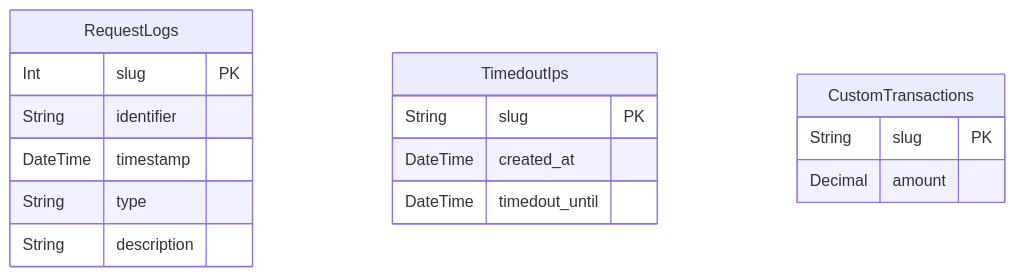
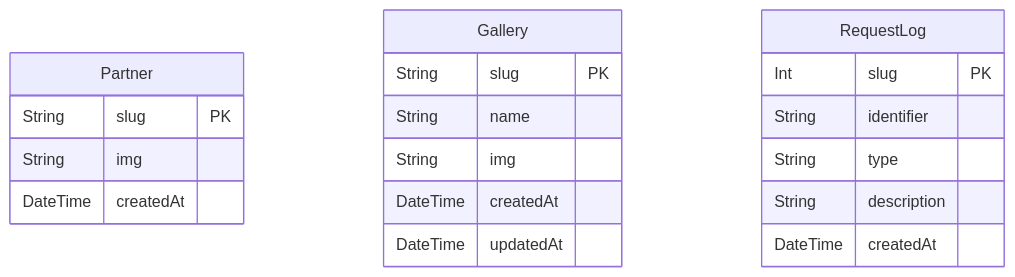
The fifth of 5 diagrams in docs/01-Overview/02-Tech-Stack-Concepts.md (aymanbazyan/storeflow-docs), drawn with Mermaid before and after one commit. The commit also changed other lines of this file and 4 other files, not shown here.

````diff
--- a/docs/01-Overview/02-Tech-Stack-Concepts.md
+++ b/docs/01-Overview/02-Tech-Stack-Concepts.md
@@ -251,21 +246,25 @@
 ```mermaid
 erDiagram
-    RequestLogs {
+
+    Partner {
+        String slug PK
+        String img
+        DateTime createdAt
+    }
+
+    Gallery {
+        String slug PK
+        String name
+        String img
+        DateTime createdAt
+        DateTime updatedAt
+    }
+
+    RequestLog {
         Int slug PK
         String identifier
-        DateTime timestamp
         String type
         String description
-    }
-
-    TimedoutIps {
-        String slug PK
-        DateTime created_at
-        DateTime timedout_until
-    }
-
-     CustomTransactions {
-      String      slug  PK
-      Decimal     amount
+        DateTime createdAt
     }
 ```
````
